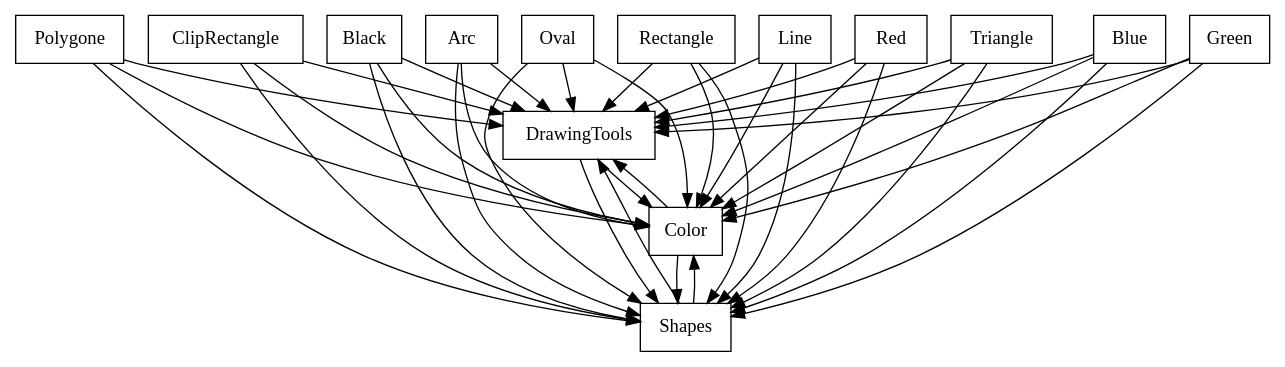
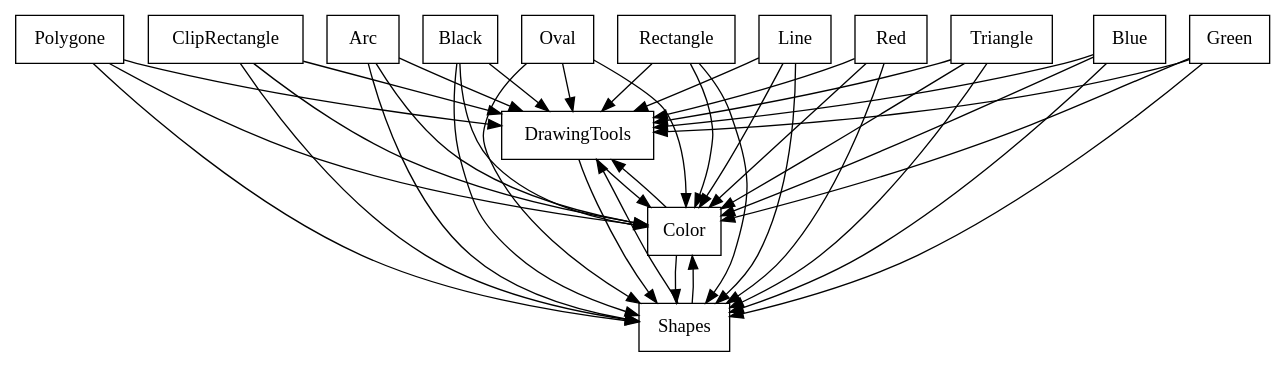
The diagram in FAMILIAR/output/SPLOT-big/fm_182_model_20120728_275737618.xml.dot (FAMILIAR-project/familiar-language), drawn with Graphviz before and after one commit. The commit also changed 179 other files, not shown here.

```diff
--- a/FAMILIAR/output/SPLOT-big/fm_182_model_20120728_275737618.xml.dot
+++ b/FAMILIAR/output/SPLOT-big/fm_182_model_20120728_275737618.xml.dot
@@ -1,58 +1,58 @@
 digraph{
 graph [rankdir=TB];
 node [shape=box];
 edge [arrowhead=normal];
 0[label="ClipRectangle",]
 1[label="Red",]
-2[label="Black",]
-3[label="Arc",]
+2[label="Arc",]
+3[label="Black",]
 4[label="DrawingTools",]
 5[label="Polygone",]
 6[label="Oval",]
 7[label="Color",]
 8[label="Triangle",]
 9[label="Blue",]
 10[label="Green",]
 11[label="Shapes",]
 12[label="Rectangle",]
 13[label="Line",]
 0->4[label="",]
 0->7[label="",]
 0->11[label="",]
 1->4[label="",]
 1->7[label="",]
 1->11[label="",]
 2->4[label="",]
 2->7[label="",]
 2->11[label="",]
 3->4[label="",]
 3->7[label="",]
 3->11[label="",]
 4->7[label="",]
 4->11[label="",]
 5->4[label="",]
 5->7[label="",]
 5->11[label="",]
 6->4[label="",]
 6->7[label="",]
 6->11[label="",]
 7->4[label="",]
 7->11[label="",]
 8->4[label="",]
 8->7[label="",]
 8->11[label="",]
 9->4[label="",]
 9->7[label="",]
 9->11[label="",]
 10->4[label="",]
 10->7[label="",]
 10->11[label="",]
 11->4[label="",]
 11->7[label="",]
 12->4[label="",]
 12->7[label="",]
 12->11[label="",]
 13->4[label="",]
 13->7[label="",]
 13->11[label="",]
 }
```
